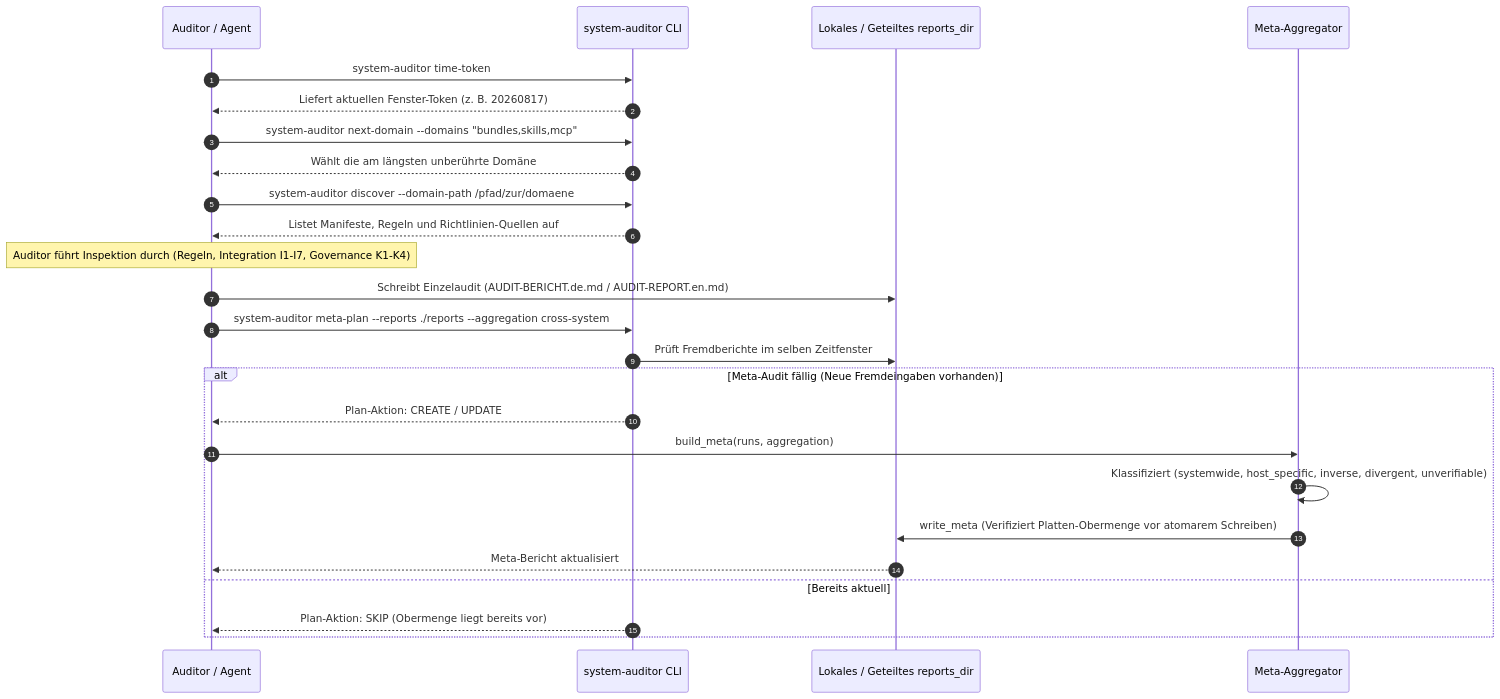
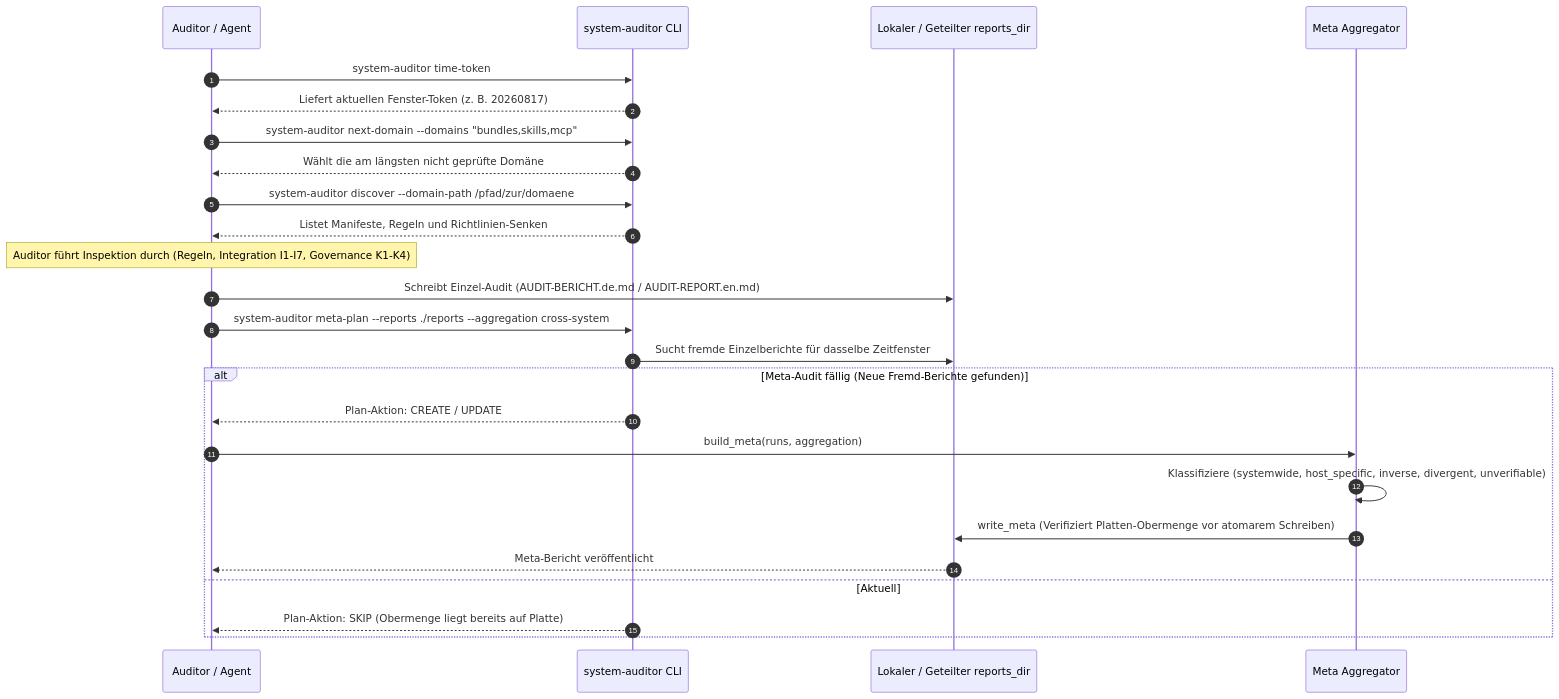
Before and after one commit to ellmos-ai/system-auditor: the third of 3 diagrams in README_de.md, drawn with Mermaid. The commit also changed other lines of this file and 8 other files, not shown here.

````diff
--- a/README_de.md
+++ b/README_de.md
@@ -230,33 +309,33 @@
 ```mermaid
 sequenceDiagram
     autonumber
     participant Dev as Auditor / Agent
     participant CLI as system-auditor CLI
-    participant Disk as Lokales / Geteiltes reports_dir
-    participant Engine as Meta-Aggregator
+    participant Disk as Lokaler / Geteilter reports_dir
+    participant Engine as Meta Aggregator
 
     Dev->>CLI: system-auditor time-token
     CLI-->>Dev: Liefert aktuellen Fenster-Token (z. B. 20260817)
 
     Dev->>CLI: system-auditor next-domain --domains "bundles,skills,mcp"
-    CLI-->>Dev: Wählt die am längsten unberührte Domäne
+    CLI-->>Dev: Wählt die am längsten nicht geprüfte Domäne
 
     Dev->>CLI: system-auditor discover --domain-path /pfad/zur/domaene
-    CLI-->>Dev: Listet Manifeste, Regeln und Richtlinien-Quellen auf
+    CLI-->>Dev: Listet Manifeste, Regeln und Richtlinien-Senken
 
     Note over Dev: Auditor führt Inspektion durch (Regeln, Integration I1-I7, Governance K1-K4)
-    Dev->>Disk: Schreibt Einzelaudit (AUDIT-BERICHT.de.md / AUDIT-REPORT.en.md)
+    Dev->>Disk: Schreibt Einzel-Audit (AUDIT-BERICHT.de.md / AUDIT-REPORT.en.md)
 
     Dev->>CLI: system-auditor meta-plan --reports ./reports --aggregation cross-system
-    CLI->>Disk: Prüft Fremdberichte im selben Zeitfenster
+    CLI->>Disk: Sucht fremde Einzelberichte für dasselbe Zeitfenster
 
-    alt Meta-Audit fällig (Neue Fremdeingaben vorhanden)
+    alt Meta-Audit fällig (Neue Fremd-Berichte gefunden)
         CLI-->>Dev: Plan-Aktion: CREATE / UPDATE
         Dev->>Engine: build_meta(runs, aggregation)
-        Engine->>Engine: Klassifiziert (systemwide, host_specific, inverse, divergent, unverifiable)
+        Engine->>Engine: Klassifiziere (systemwide, host_specific, inverse, divergent, unverifiable)
         Engine->>Disk: write_meta (Verifiziert Platten-Obermenge vor atomarem Schreiben)
-        Disk-->>Dev: Meta-Bericht aktualisiert
-    else Bereits aktuell
-        CLI-->>Dev: Plan-Aktion: SKIP (Obermenge liegt bereits vor)
+        Disk-->>Dev: Meta-Bericht veröffentlicht
+    else Aktuell
+        CLI-->>Dev: Plan-Aktion: SKIP (Obermenge liegt bereits auf Platte)
     end
 ```
````
